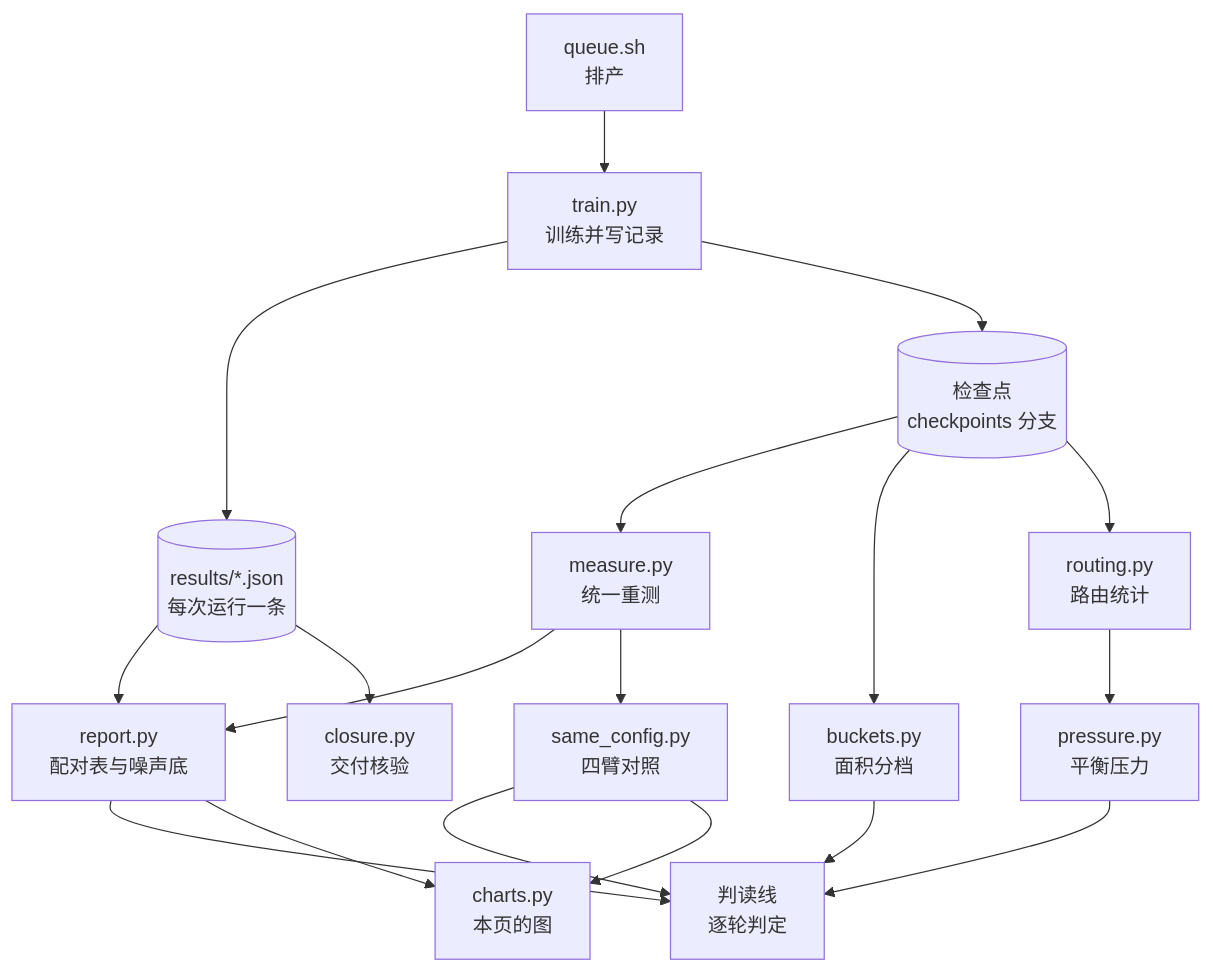
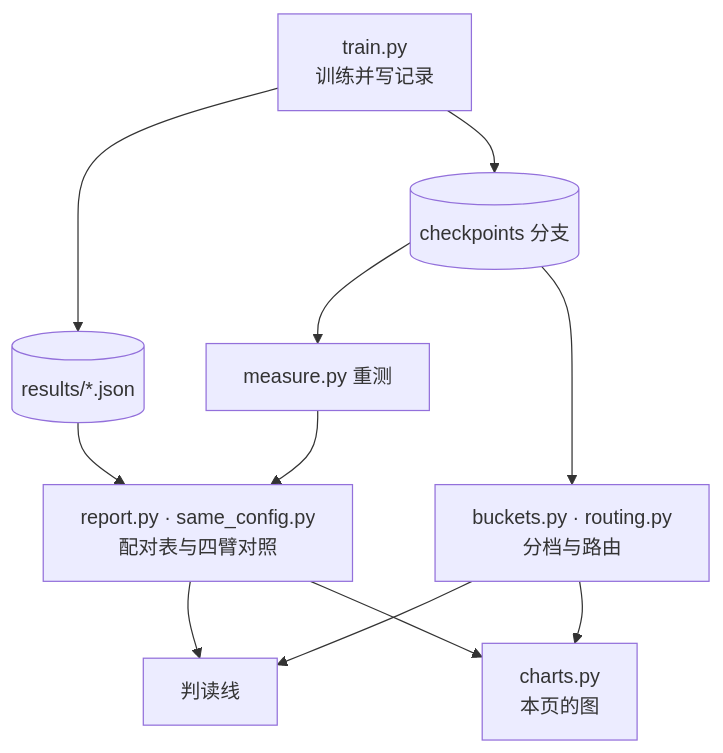
Before and after one commit to Lfan-ke/ES-MoE: the diagram in docs/experiments.md, drawn with Mermaid. The commit also changed other lines of this file and 28 other files, not shown here.

Commit message:
docs(site): a figure for every result, dark-aware diagrams, libraries loaded on demand, and corrected comparisons.

````diff
--- a/docs/experiments.md
+++ b/docs/experiments.md
@@ -55,20 +76,13 @@
 ```mermaid
 flowchart TB
-    Q["queue.sh<br/>排产"] --> T["train.py<br/>训练并写记录"]
-    T --> R[("results/*.json<br/>每次运行一条")]
-    T --> W[("检查点<br/>checkpoints 分支")]
-    W --> M["measure.py<br/>统一重测"]
-    W --> B["buckets.py<br/>面积分档"]
-    W --> RT["routing.py<br/>路由统计"]
-    RT --> P["pressure.py<br/>平衡压力"]
-    R --> RP["report.py<br/>配对表与噪声底"]
-    M --> RP
-    M --> SC["same_config.py<br/>四臂对照"]
-    R --> CL["closure.py<br/>交付核验"]
-    RP --> J["判读线<br/>逐轮判定"]
-    SC --> J
-    B --> J
+    T["train.py<br/>训练并写记录"] --> R[("results/*.json")]
+    T --> W[("checkpoints 分支")]
+    W --> M["measure.py 重测"]
+    W --> A["buckets.py · routing.py<br/>分档与路由"]
+    R --> P["report.py · same_config.py<br/>配对表与四臂对照"]
+    M --> P
+    A --> J["判读线"]
     P --> J
-    RP --> CH["charts.py<br/>本页的图"]
-    SC --> CH
+    P --> C["charts.py<br/>本页的图"]
+    A --> C
 ```
````
